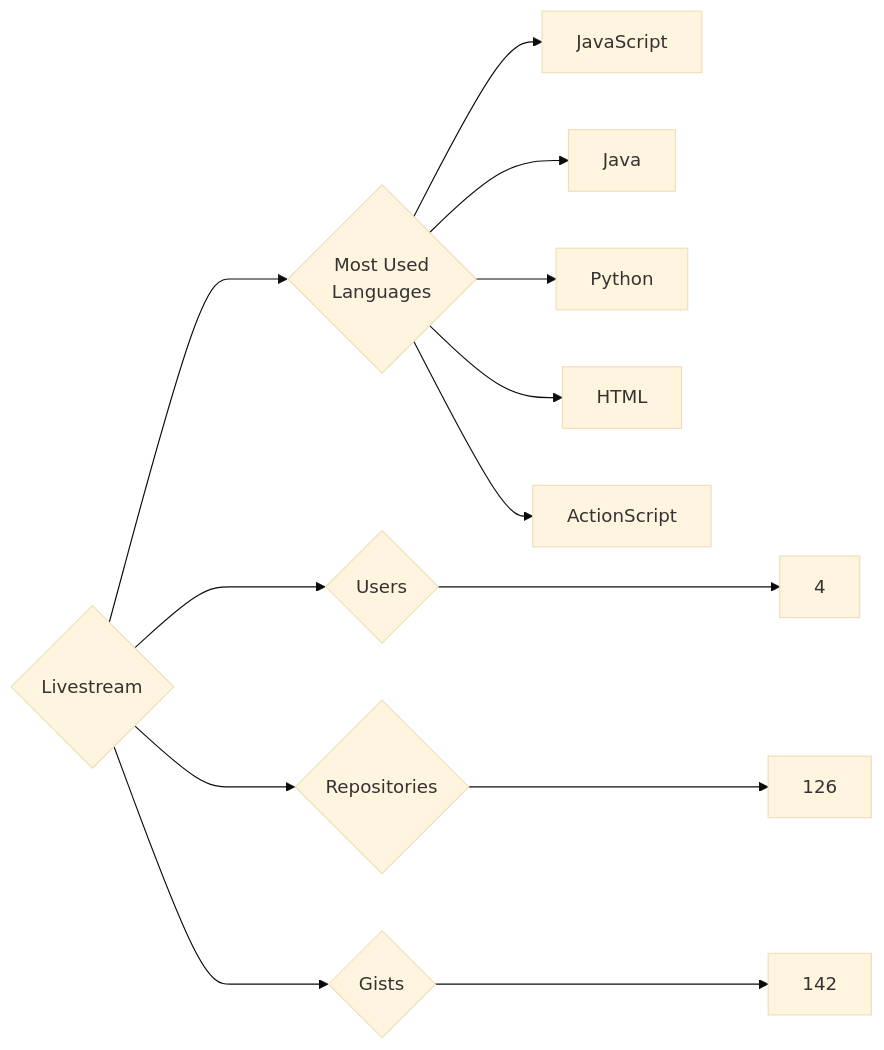
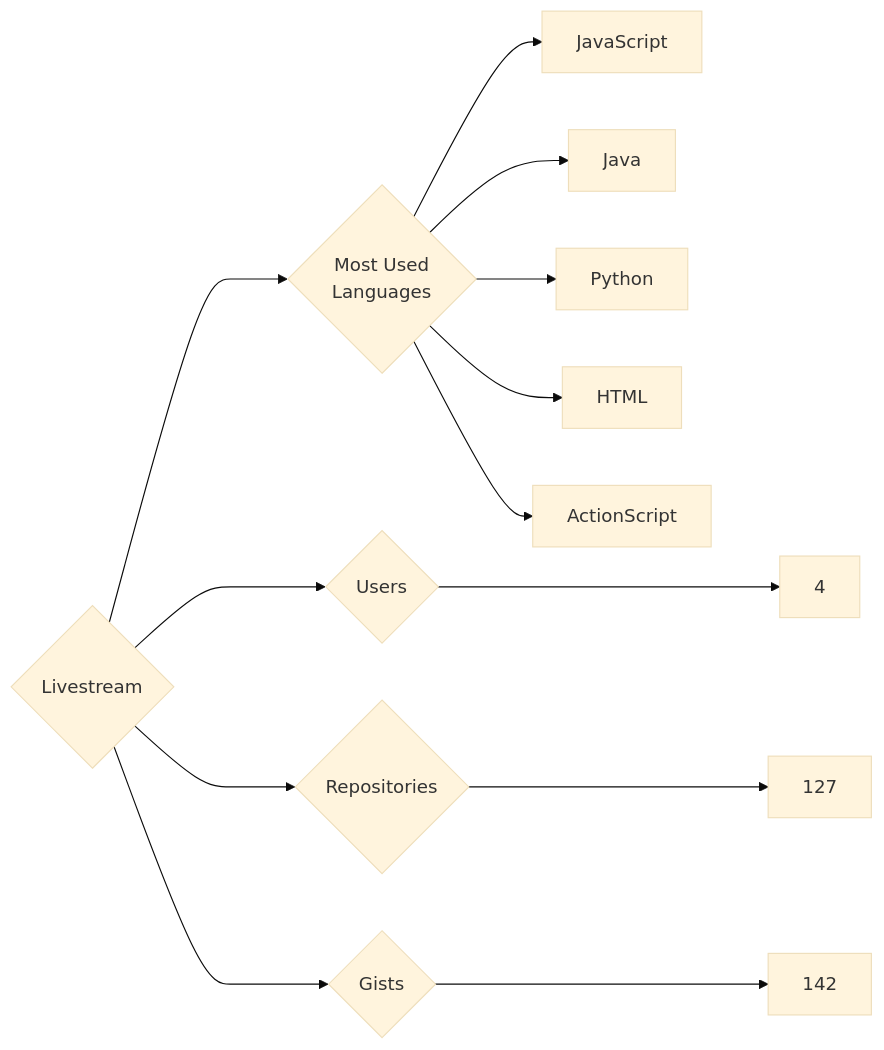
One commit to trickest/insiders changed the diagram in targets/Livestream/README.md. Above: the diagram before and after it, drawn with Mermaid (base theme). The commit also changed 622 other files, not shown here.

````diff
--- a/targets/Livestream/README.md
+++ b/targets/Livestream/README.md
@@ -3,13 +3,13 @@
 ```mermaid
 graph LR
 COMPANY_NAME{Livestream}
 COMPANY_NAME ---> U{Users} ---> UN[4]
-COMPANY_NAME ---> R{Repositories} ---> RN[126]
+COMPANY_NAME ---> R{Repositories} ---> RN[127]
 COMPANY_NAME ---> G{Gists} ---> GN[142]
 COMPANY_NAME ---> ML{Most Used<br>Languages}
 ML --> JavaScript[JavaScript]
 ML --> Java[Java]
 ML --> Python[Python]
 ML --> HTML[HTML]
 ML --> ActionScript[ActionScript]
 ```
````
